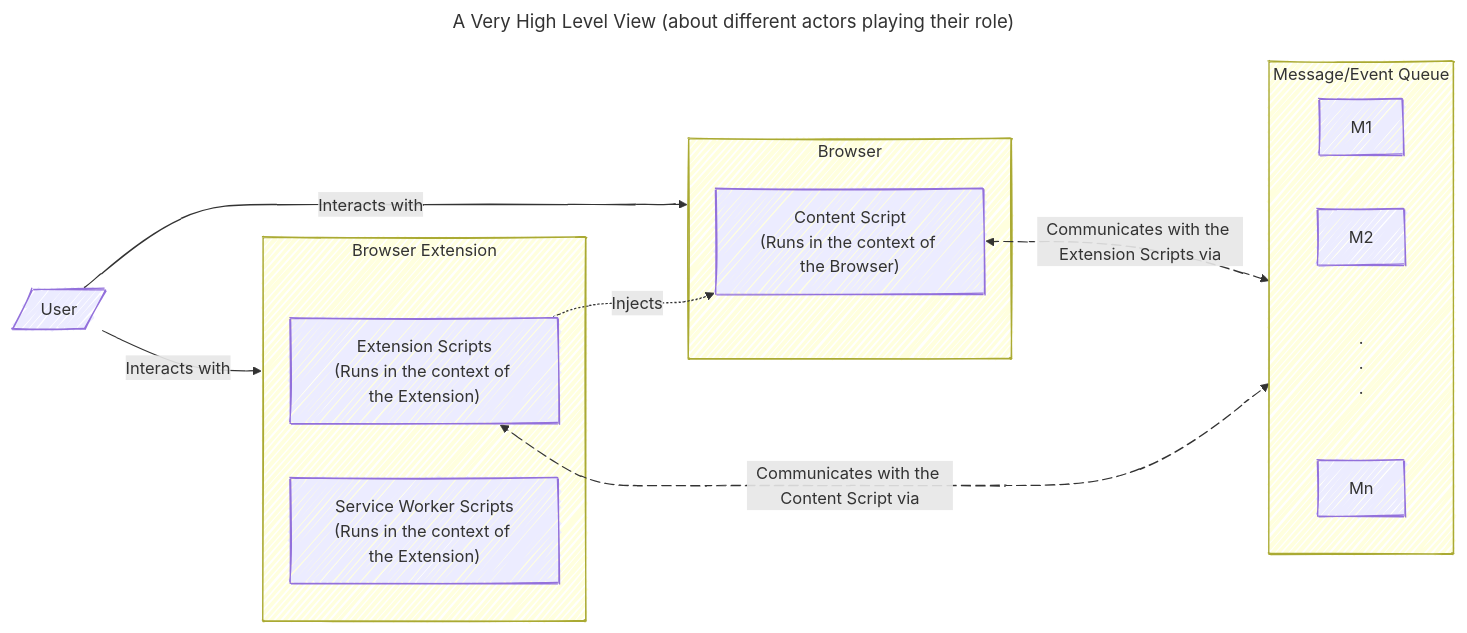
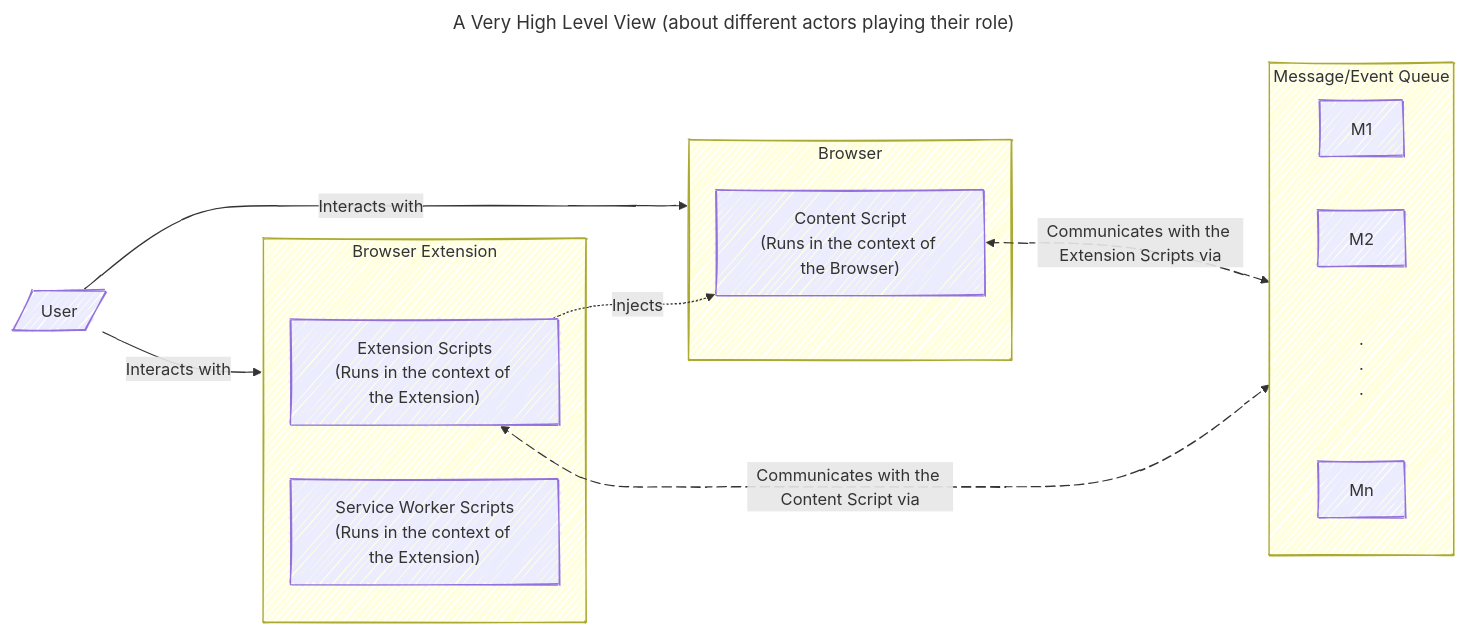
The first of 4 diagrams in README.md (SantoshKShettyApps/git-flow-2-forked), drawn with Mermaid before and after one commit.

````diff
--- a/README.md
+++ b/README.md
@@ -4,34 +4,33 @@
 ```mermaid
 ---
 title: A Very High Level View (about different actors playing their role)
 config:
   look: handDrawn
-  flowchart:
-    diagramPadding: 40
 ---
+%%{init: {"flowchart": {"diagramPadding": 150}}}%%
 graph LR
   subgraph B [Browser]
     CS["Content Script\n(Runs in the context of the Browser)"]
   end
   subgraph BE [Browser Extension]
     ES["Extension Scripts\n(Runs in the context of the Extension)"]
     SW["Service Worker Scripts\n(Runs in the context of the Extension)"]
   end
   subgraph MQ [Message/Event Queue]
     direction LR
     M1
     M2
     M@{ shape: text, label: ".\n.\n." }
     Mn
   end
 
   U[/User/] --> |Interacts with| B
   U --> |Interacts with| BE
   ES -.-> |Injects| CS
   CS e1@<--> |Communicates with the Extension Scripts via| MQ
   ES e2@<--> |Communicates with the Content Script via| MQ
   e1@{ animate: true }
   e2@{ animate: true }
   classDef flowchartPadder paddingBottom: 100
   class MQ flowchartPadder
 ```
````
